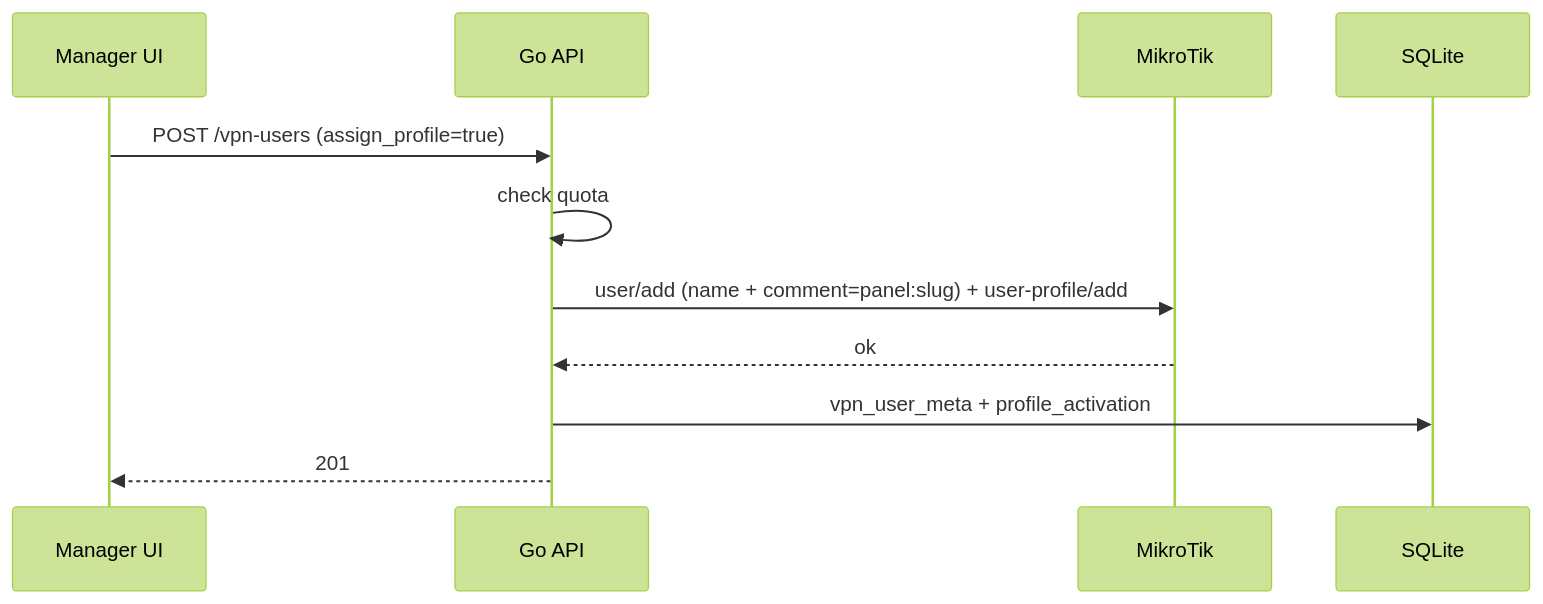
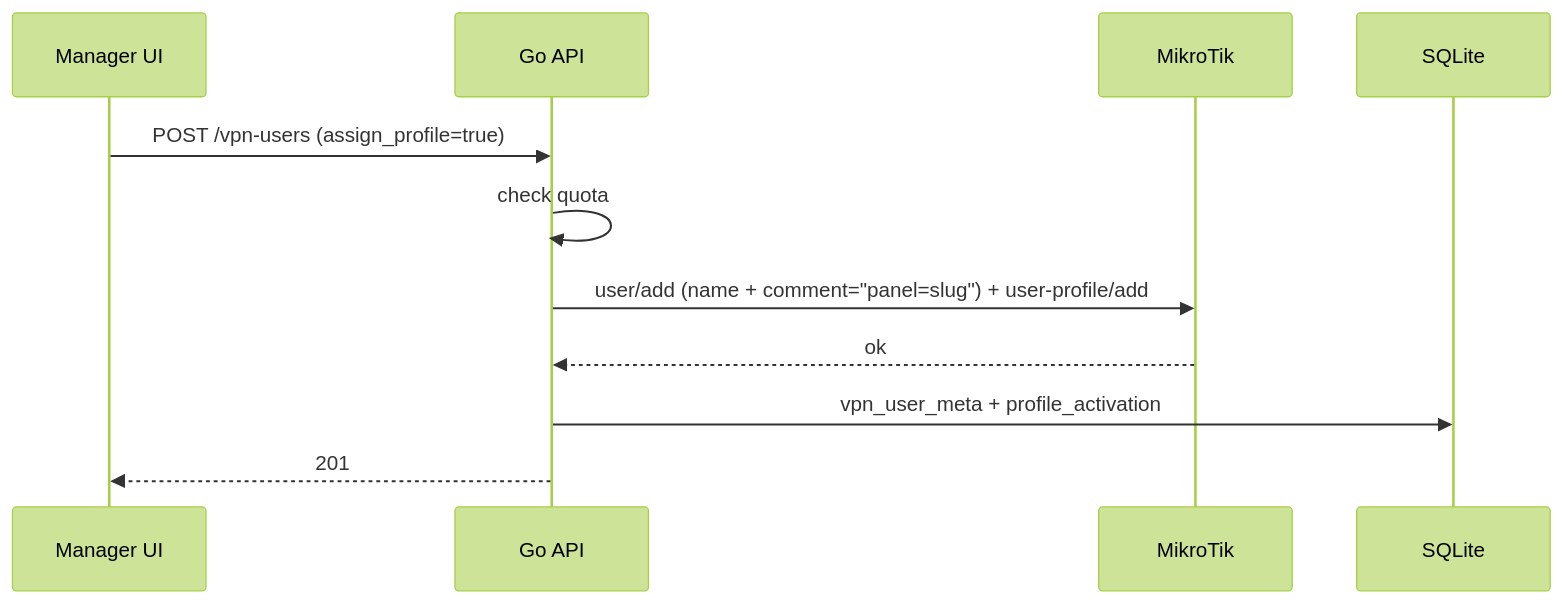
The third of 3 diagrams in docs/user-flows.md (h-nargesi/Fast-Bypass), drawn with Mermaid (forest theme) before and after one commit. The commit also changed other lines of this file and 18 other files, not shown here.

Commit message:
Comment Panel=Slug

````diff
--- a/docs/user-flows.md
+++ b/docs/user-flows.md
@@ -309,13 +309,13 @@
 ```mermaid
 sequenceDiagram
   participant M as Manager UI
   participant API as Go API
   participant MT as MikroTik
   participant DB as SQLite
   M->>API: POST /vpn-users (assign_profile=true)
   API->>API: check quota
-  API->>MT: user/add (name + comment=panel:slug) + user-profile/add
+  API->>MT: user/add (name + comment="panel=slug") + user-profile/add
   MT-->>API: ok
   API->>DB: vpn_user_meta + profile_activation
   API-->>M: 201
 ```
````
